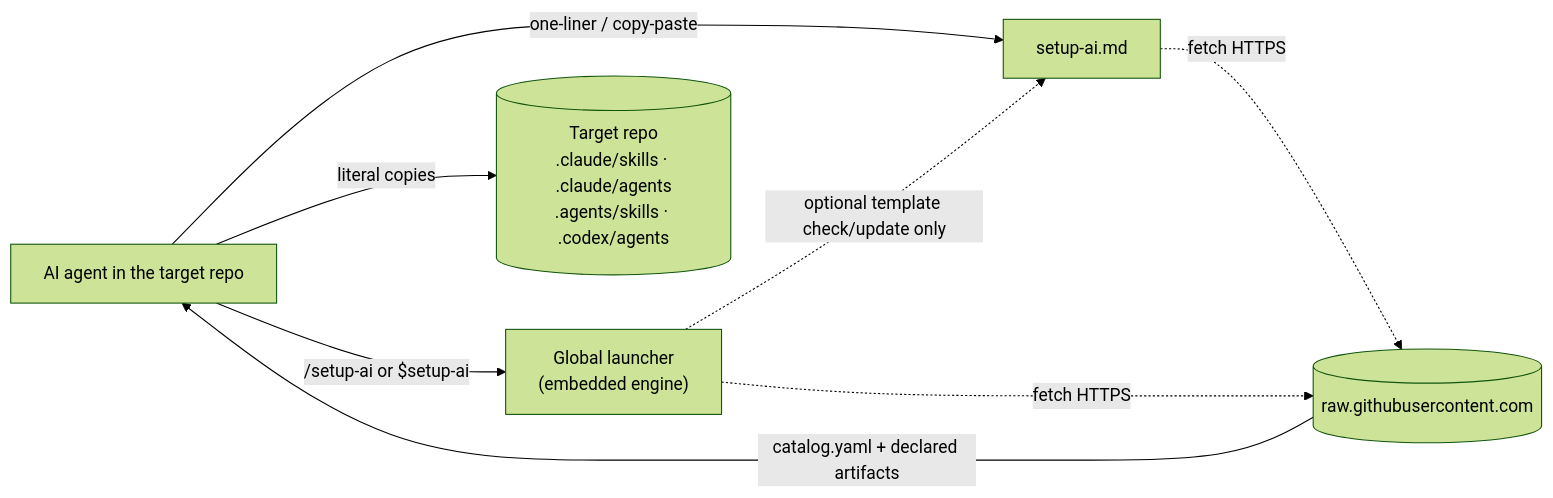
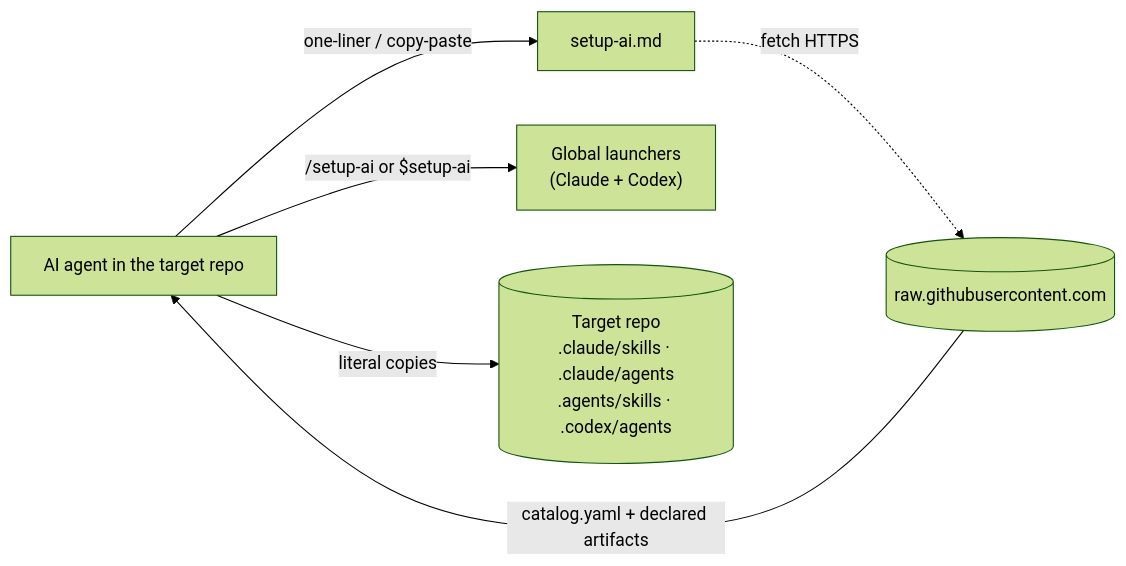
Before and after one commit to charlstown/my-aisy-toolkit: the first of 3 diagrams in specs/tech-spec.md, drawn with Mermaid (forest theme). The commit also changed other lines of this file and 5 other files, not shown here.

Commit message:
chore: clean setup-ai global launcher specs

````diff
--- a/specs/tech-spec.md
+++ b/specs/tech-spec.md
@@ -36,10 +36,8 @@
 ```mermaid
 flowchart LR
     U[AI agent in the target repo] -->|"one-liner / copy-paste"| S[setup-ai.md]
-    U -->|"/setup-ai or $setup-ai"| L["Global launcher<br/>(embedded engine)"]
-    L -.->|"optional template check/update only"| S
+    U -->|"/setup-ai or $setup-ai"| L["Global launchers<br/>(Claude + Codex)"]
     S -.fetch HTTPS.-> RAW[(raw.githubusercontent.com)]
-    L -.fetch HTTPS.-> RAW
     RAW -->|catalog.yaml + declared artifacts| U
     U -->|"literal copies"| DEST[(Target repo<br/>.claude/skills · .claude/agents<br/>.agents/skills · .codex/agents)]
 ```
````
